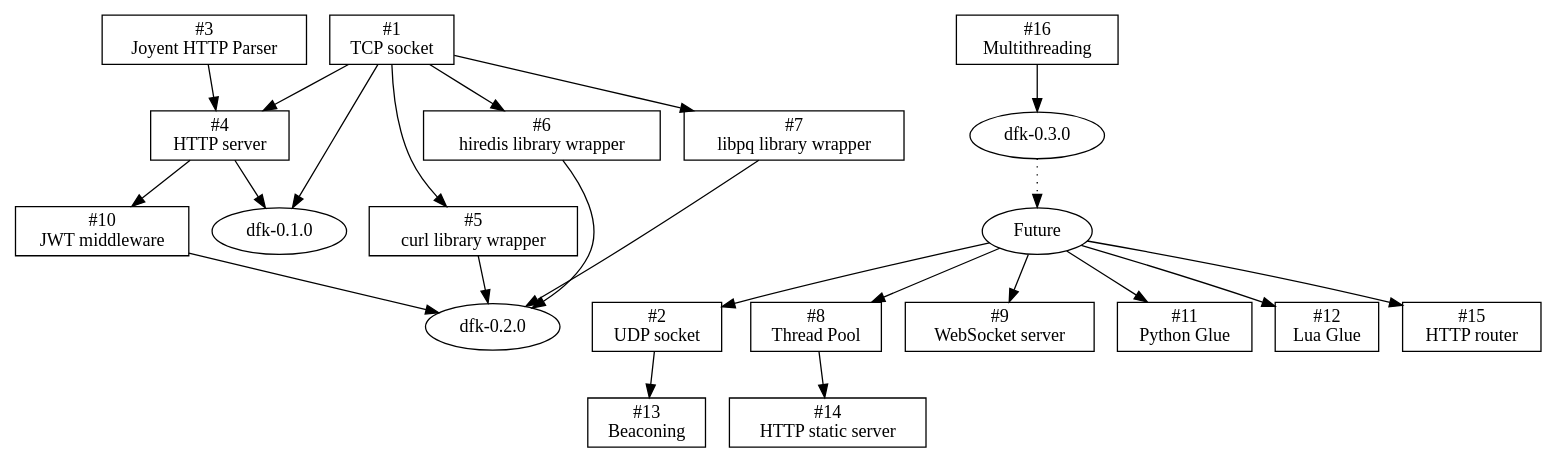
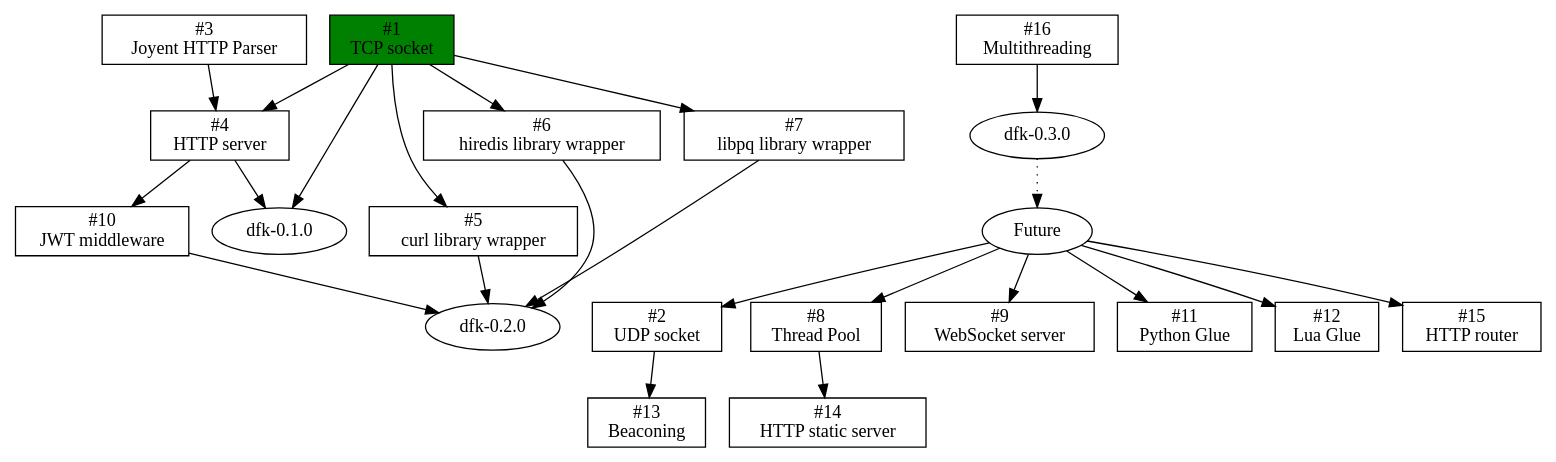
One commit to isn-/dfk changed the diagram in doc/roadmap.dot. Above: the diagram before and after it, drawn with Graphviz.

Commit message:
devenv: Update roadmap

```diff
--- a/doc/roadmap.dot
+++ b/doc/roadmap.dot
@@ -1,64 +1,64 @@
 digraph "DFK Library Roadmap" {
   node [shape=box];
 
-  tcp_socket [label="#1\nTCP socket"];
+  tcp_socket [label="#1\nTCP socket" fillcolor=green style=filled];
   udp_socket [label="#2\nUDP socket"];
 
   http_parser [label="#3\nJoyent HTTP Parser"];
 
   http_server [label="#4\nHTTP server"];
     tcp_socket -> http_server
     http_parser -> http_server
 
   curl [label="#5\ncurl library wrapper"];
     tcp_socket -> curl;
 
   redis [label="#6\nhiredis library wrapper"];
     tcp_socket -> redis;
 
   libpq [label="#7\nlibpq library wrapper"];
     tcp_socket -> libpq;
 
   threadpool [label="#8\nThread Pool"];
 
   ws [label="#9\nWebSocket server"];
 
   jwt [label="#10\nJWT middleware"];
     http_server -> jwt;
 
   python [label="#11\nPython Glue"];
   lua [label="#12\nLua Glue"];
 
   beacon [label="#13\nBeaconing"];
     udp_socket -> beacon;
 
   static [label="#14\nHTTP static server"];
     threadpool -> static;
 
   router [label="#15\nHTTP router"];
 
   mt [label="#16\nMultithreading"];
 
   dfk010 [label="dfk-0.1.0" shape=oval];
     tcp_socket -> dfk010
     http_server -> dfk010
 
   dfk020 [label="dfk-0.2.0" shape=oval];
     jwt -> dfk020;
     redis -> dfk020;
     curl -> dfk020;
     libpq -> dfk020;
 
   dfk030 [label="dfk-0.3.0" shape=oval];
     mt -> dfk030;
 
   future [label="Future" shape=oval];
     dfk030 -> future [style=dotted];
 
   future -> udp_socket;
   future -> ws;
   future -> threadpool;
   future -> python;
   future -> lua;
   future -> router;
 }
```
